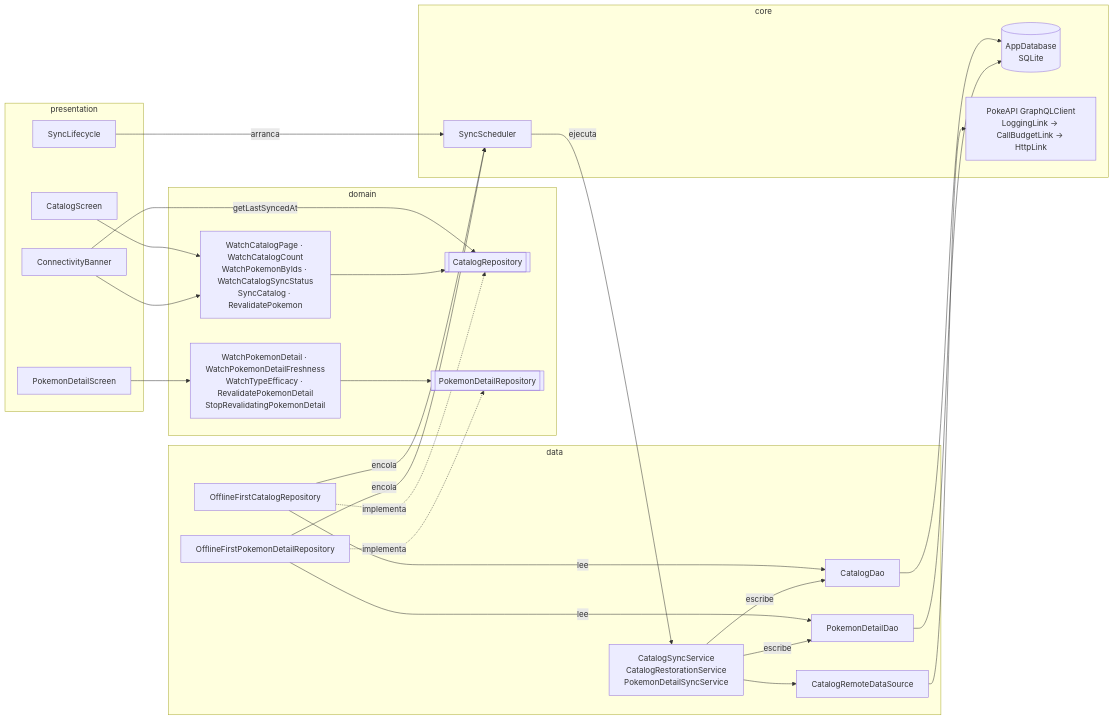
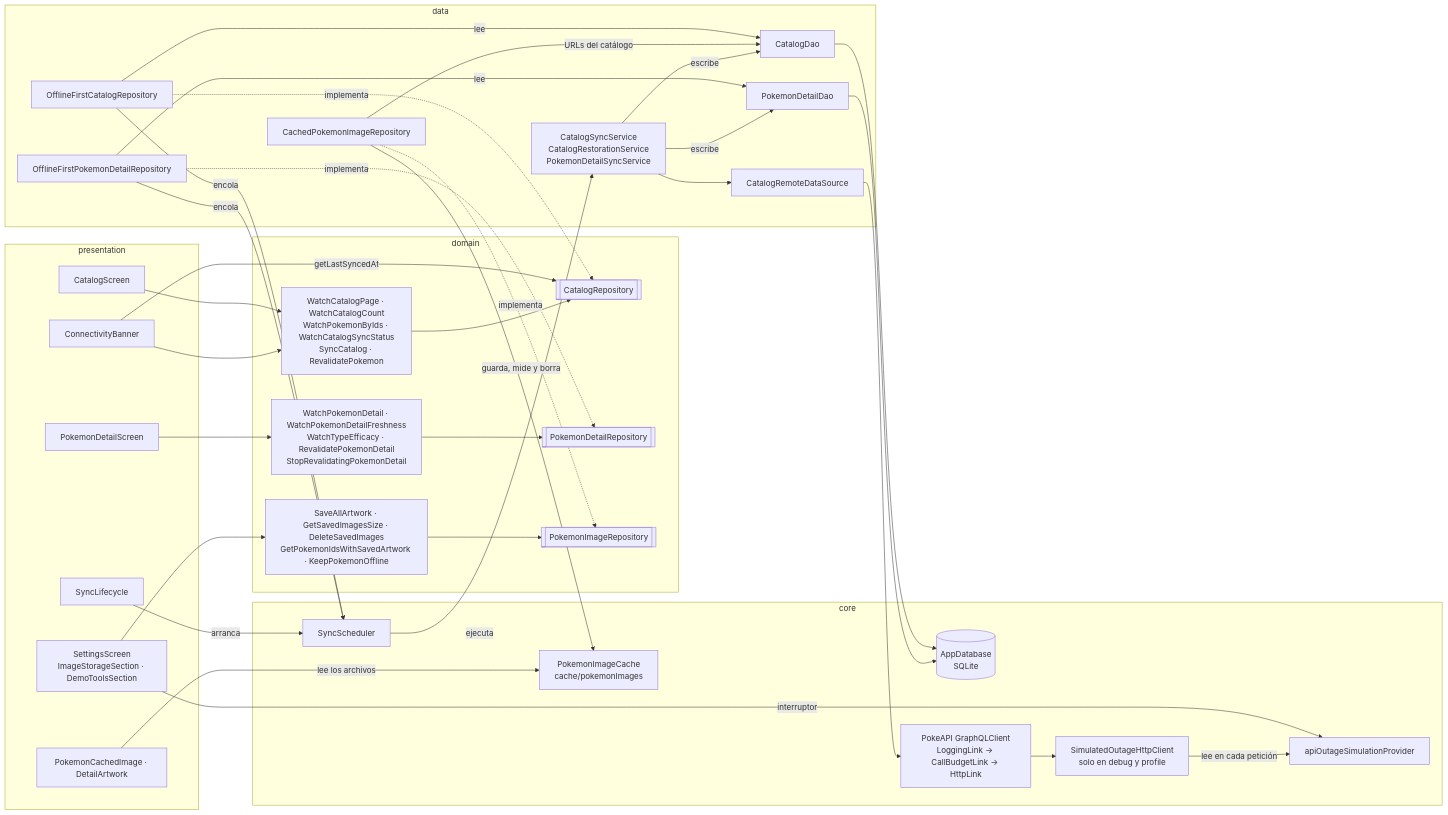
Before and after one commit to JoseHidalgoG/pokedex-flutter: the first of 13 diagrams in docs/arquitectura.md, drawn with Mermaid. The commit also changed other lines of this file, not shown here.

````diff
--- a/docs/arquitectura.md
+++ b/docs/arquitectura.md
@@ -62,52 +78,69 @@
 ```mermaid
 flowchart LR
   subgraph presentation
     Screen[CatalogScreen]
     Detail[PokemonDetailScreen]
     Banner[ConnectivityBanner]
     Lifecycle[SyncLifecycle]
+    Settings["SettingsScreen<br/>ImageStorageSection · DemoToolsSection"]
+    Images["PokemonCachedImage · DetailArtwork"]
   end
 
   subgraph domain
     UseCases["WatchCatalogPage · WatchCatalogCount<br/>WatchPokemonByIds · WatchCatalogSyncStatus<br/>SyncCatalog · RevalidatePokemon"]
     DetailUseCases["WatchPokemonDetail · WatchPokemonDetailFreshness<br/>WatchTypeEfficacy · RevalidatePokemonDetail<br/>StopRevalidatingPokemonDetail"]
+    ImageUseCases["SaveAllArtwork · GetSavedImagesSize · DeleteSavedImages<br/>GetPokemonIdsWithSavedArtwork · KeepPokemonOffline"]
     Contract[["CatalogRepository"]]
     DetailContract[["PokemonDetailRepository"]]
+    ImageContract[["PokemonImageRepository"]]
   end
 
   subgraph data
     Repo[OfflineFirstCatalogRepository]
     DetailRepo[OfflineFirstPokemonDetailRepository]
+    ImageRepo[CachedPokemonImageRepository]
     Sync["CatalogSyncService<br/>CatalogRestorationService<br/>PokemonDetailSyncService"]
     Dao[CatalogDao]
     DetailDao[PokemonDetailDao]
     Remote[CatalogRemoteDataSource]
   end
 
   subgraph core
     Scheduler[SyncScheduler]
     Db[(AppDatabase<br/>SQLite)]
     Client["PokeAPI GraphQLClient<br/>LoggingLink → CallBudgetLink → HttpLink"]
+    Transport["SimulatedOutageHttpClient<br/>solo en debug y profile"]
+    Simulation[apiOutageSimulationProvider]
+    ImageCache["PokemonImageCache<br/>cache/pokemonImages"]
   end
 
   Screen --> UseCases
   Detail --> DetailUseCases
   Lifecycle -- arranca --> Scheduler
   Banner --> UseCases
   Banner -- getLastSyncedAt --> Contract
+  Settings --> ImageUseCases
+  Settings -- interruptor --> Simulation
+  Images -- lee los archivos --> ImageCache
   UseCases --> Contract
   DetailUseCases --> DetailContract
+  ImageUseCases --> ImageContract
   Repo -. implementa .-> Contract
   DetailRepo -. implementa .-> DetailContract
+  ImageRepo -. implementa .-> ImageContract
   Repo -- lee --> Dao
   DetailRepo -- lee --> DetailDao
   Repo -- encola --> Scheduler
   DetailRepo -- encola --> Scheduler
+  ImageRepo -- URLs del catálogo --> Dao
+  ImageRepo -- guarda, mide y borra --> ImageCache
   Scheduler -- ejecuta --> Sync
   Sync -- escribe --> Dao
   Sync -- escribe --> DetailDao
   Sync --> Remote
   Remote --> Client
+  Client --> Transport
+  Transport -- lee en cada petición --> Simulation
   Dao --> Db
   DetailDao --> Db
 ```
````
